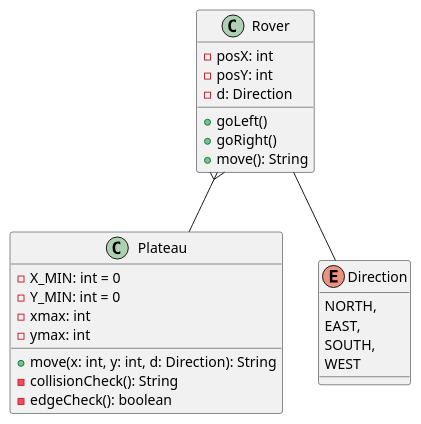
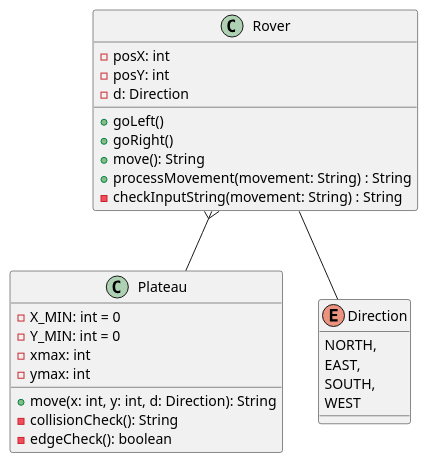
One commit to jayshree430/MarsRover changed the diagram in MarsRover.puml. Above: the diagram before and after it, drawn with PlantUML.

Commit message:
Added two more methods to Rover class in UML design.

```diff
--- a/MarsRover.puml
+++ b/MarsRover.puml
@@ -1,37 +1,39 @@
 @startuml
 'https://plantuml.com/class-diagram
 
 Rover }-- Plateau
 Rover -- Direction
 
 
 class Plateau {
 - X_MIN: int = 0
 - Y_MIN: int = 0
 - xmax: int
 - ymax: int
 
 + move(x: int, y: int, d: Direction): String
 - collisionCheck(): String
 - edgeCheck(): boolean
 }
 
 class Rover {
   - posX: int
     - posY: int
     - d: Direction
 
     + goLeft()
     + goRight()
     + move(): String
+    + processMovement(movement: String) : String
+    - checkInputString(movement: String) : String
 }
 
 
 enum Direction {
 NORTH,
 EAST,
 SOUTH,
 WEST
 }
 
 @enduml
```
